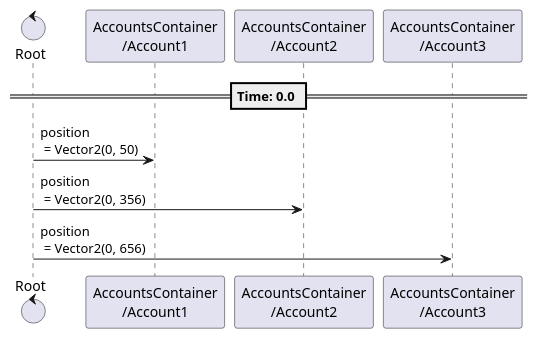
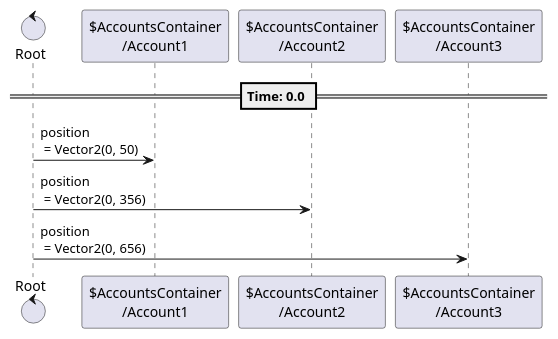
Before and after one commit to tkmfujise/Platformer-Game-Learning: the ninth of 9 diagrams in content/scenes/src/beginning/accounts/accounts.tscn.adoc, drawn with PlantUML. The commit also changed other lines of this file and 31 other files, not shown here.

Commit message:
Add prefix $ to node name in animation sequences

```diff
--- a/content/scenes/src/beginning/accounts/accounts.tscn.adoc
+++ b/content/scenes/src/beginning/accounts/accounts.tscn.adoc
@@ -359,16 +359,16 @@
 [plantuml]
 ....
-control "Root" as Root
-participant "AccountsContainer\n/Account1" as T0
-participant "AccountsContainer\n/Account2" as T1
-participant "AccountsContainer\n/Account3" as T2
+control "Root" as R
+participant "$AccountsContainer\n/Account1" as T0
+participant "$AccountsContainer\n/Account2" as T1
+participant "$AccountsContainer\n/Account3" as T2
 
 
 
 == Time: 0.0 ==
-Root  ->  T0 : position\n = Vector2(0, 50)
-Root  ->  T1 : position\n = Vector2(0, 356)
-Root  ->  T2 : position\n = Vector2(0, 656)
+R  ->  T0 : position\n = Vector2(0, 50)
+R  ->  T1 : position\n = Vector2(0, 356)
+R  ->  T2 : position\n = Vector2(0, 656)
 
 
 ....
```
